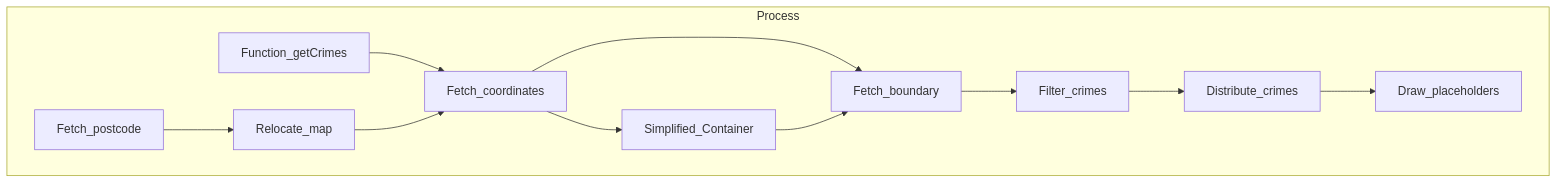
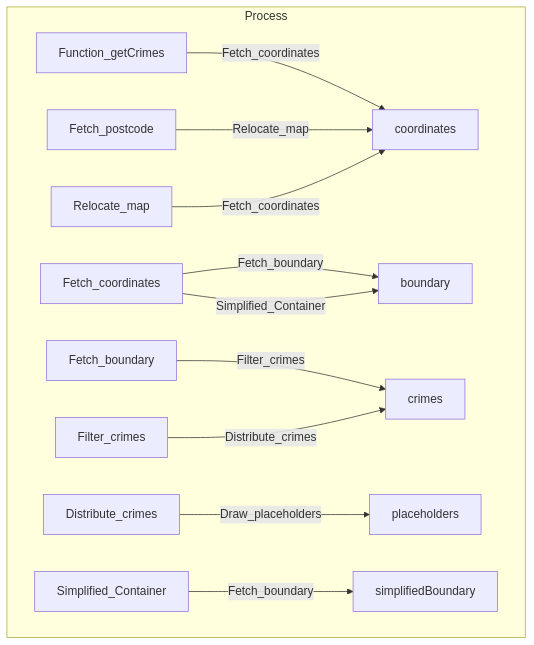
The diagram in README.md (FAC29A/Alex-Esti-Project), drawn with Mermaid before and after one commit.

````diff
--- a/README.md
+++ b/README.md
@@ -33,15 +33,14 @@
 ```mermaid
 graph TD
     subgraph Process
-        Function_getCrimes-->Fetch_coordinates
-        Fetch_coordinates-->Fetch_boundary
-        Fetch_boundary-->Filter_crimes
-        Filter_crimes-->Distribute_crimes
-        Distribute_crimes-->Draw_placeholders
-        Fetch_coordinates-->Simplified_Container
-        Simplified_Container-->Fetch_boundary
-        Fetch_postcode-->Relocate_map
-        Relocate_map-->Fetch_coordinates
+        Function_getCrimes-->|Fetch_coordinates|coordinates
+        Fetch_coordinates-->|Fetch_boundary|boundary
+        Fetch_boundary-->|Filter_crimes|crimes
+        Filter_crimes-->|Distribute_crimes|crimes
+        Distribute_crimes-->|Draw_placeholders|placeholders
+        Fetch_coordinates-->|Simplified_Container|boundary
+        Simplified_Container-->|Fetch_boundary|simplifiedBoundary
+        Fetch_postcode-->|Relocate_map|coordinates
+        Relocate_map-->|Fetch_coordinates|coordinates
     end
-
 ```
````
